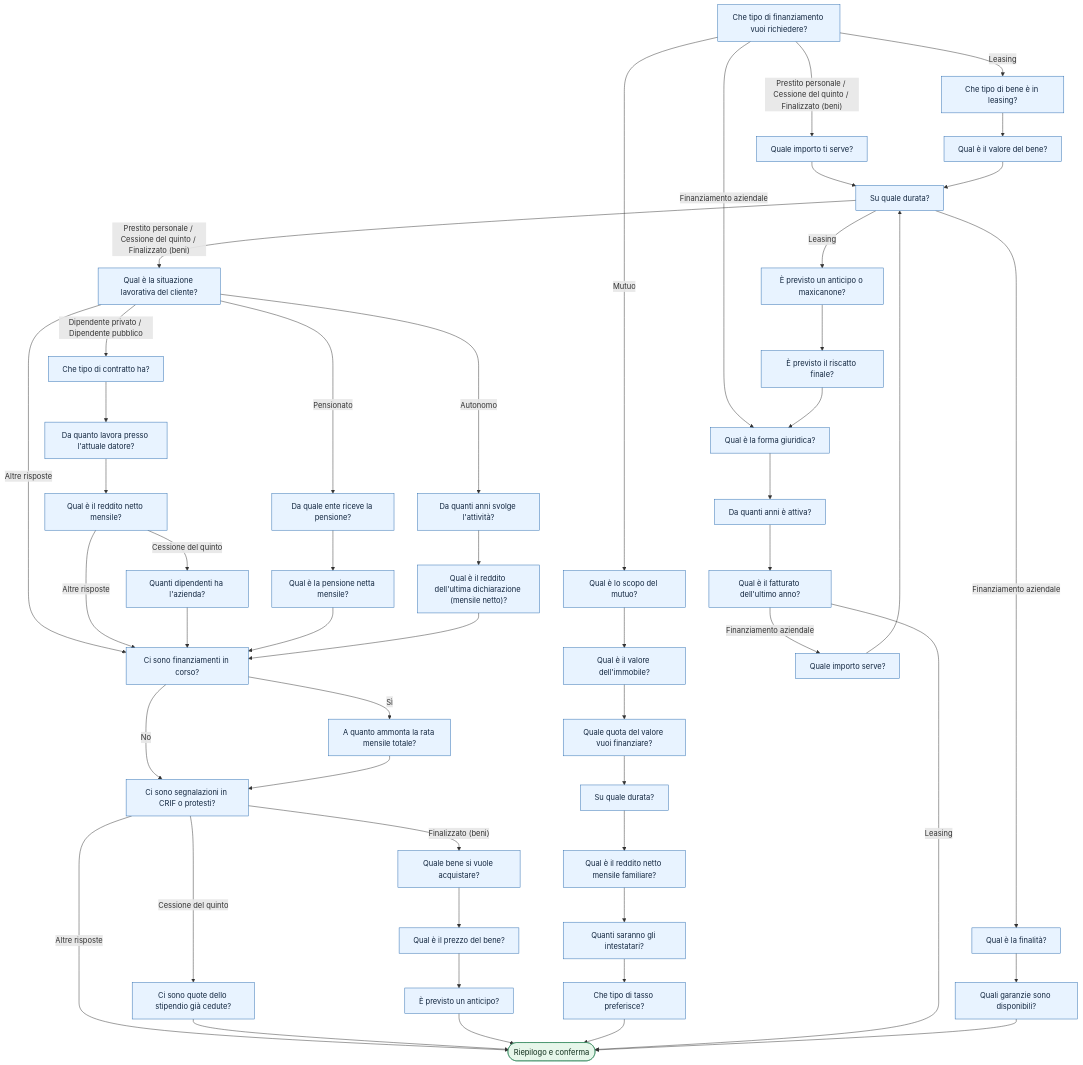
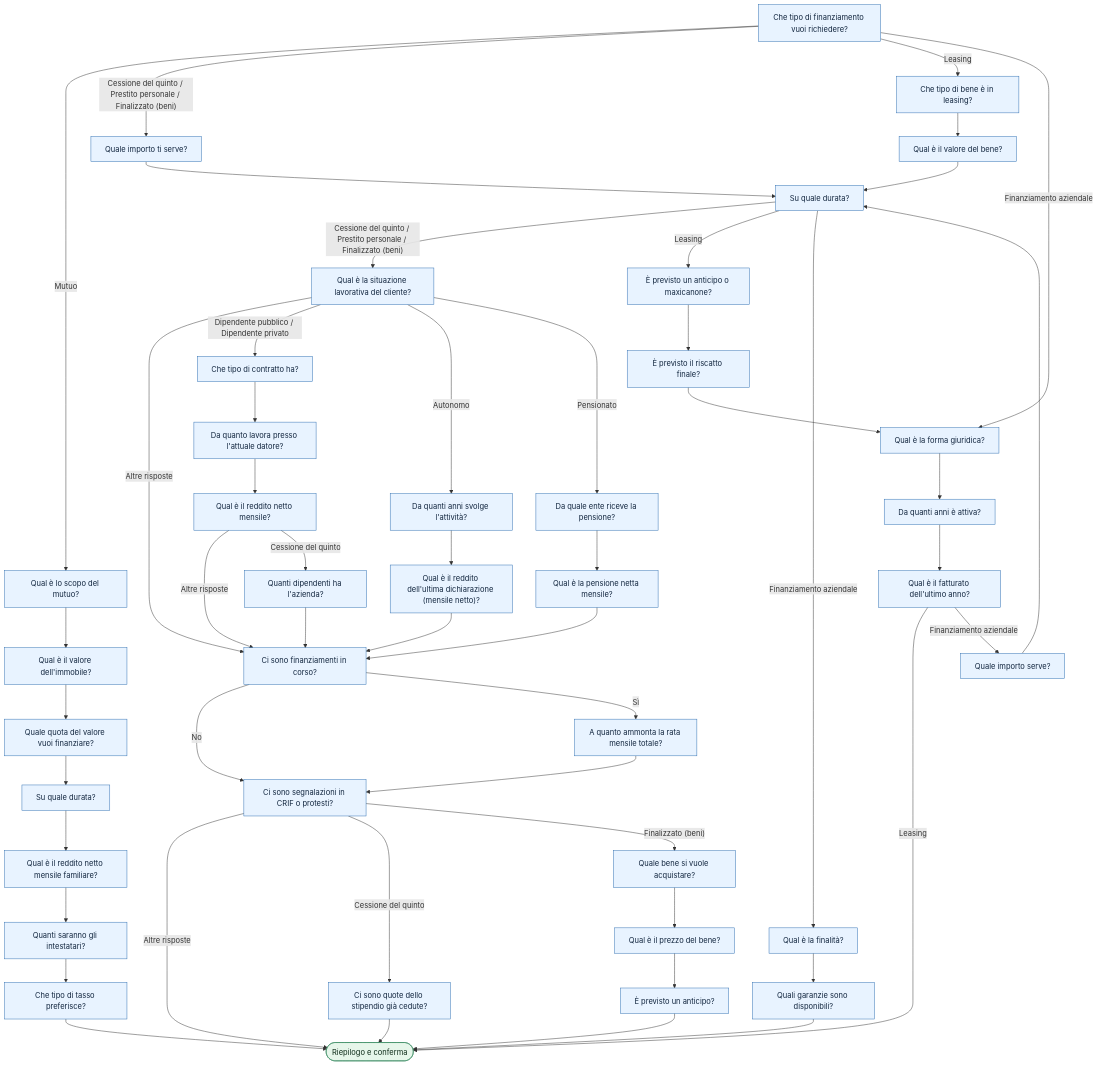
The diagram in docs/finanziamento-richiesta.mmd (Meo-ICAR/twillio), drawn with Mermaid before and after one commit. The commit also changed 32 other files, not shown here.

Commit message:
feat: albero delle conversazioni su tabelle (flows, flow_nodes, flow_node_options) con intestazione, domande saltabili ed editor nel pannello

```diff
--- a/docs/finanziamento-richiesta.mmd
+++ b/docs/finanziamento-richiesta.mmd
@@ -1,95 +1,95 @@
 flowchart TD
     prodotto["Che tipo di finanziamento vuoi richiedere?"]
     importo["Quale importo ti serve?"]
     durata["Su quale durata?"]
     lavoro["Qual è la situazione lavorativa del cliente?"]
     contratto["Che tipo di contratto ha?"]
     anzianita["Da quanto lavora presso l#39;attuale datore?"]
     reddito["Qual è il reddito netto mensile?"]
     dimensione_azienda["Quanti dipendenti ha l#39;azienda?"]
     ente_pensione["Da quale ente riceve la pensione?"]
     pensione_netta["Qual è la pensione netta mensile?"]
     anni_attivita["Da quanti anni svolge l#39;attività?"]
     reddito_autonomo["Qual è il reddito dell#39;ultima dichiarazione (mensile netto)?"]
     impegni["Ci sono finanziamenti in corso?"]
     rata["A quanto ammonta la rata mensile totale?"]
     crif["Ci sono segnalazioni in CRIF o protesti?"]
     quote_cedute["Ci sono quote dello stipendio già cedute?"]
     bene["Quale bene si vuole acquistare?"]
     prezzo_bene["Qual è il prezzo del bene?"]
     anticipo["È previsto un anticipo?"]
     mutuo_scopo["Qual è lo scopo del mutuo?"]
     mutuo_valore["Qual è il valore dell#39;immobile?"]
     mutuo_ltv["Quale quota del valore vuoi finanziare?"]
     durata_mutuo["Su quale durata?"]
     mutuo_reddito["Qual è il reddito netto mensile familiare?"]
     mutuo_intestatari["Quanti saranno gli intestatari?"]
     mutuo_tasso["Che tipo di tasso preferisce?"]
     leasing_bene["Che tipo di bene è in leasing?"]
     leasing_valore["Qual è il valore del bene?"]
     leasing_anticipo["È previsto un anticipo o maxicanone?"]
     leasing_riscatto["È previsto il riscatto finale?"]
     az_forma["Qual è la forma giuridica?"]
     az_anzianita["Da quanti anni è attiva?"]
     az_fatturato["Qual è il fatturato dell#39;ultimo anno?"]
     az_importo["Quale importo serve?"]
     az_finalita["Qual è la finalità?"]
     az_garanzie["Quali garanzie sono disponibili?"]
     riepilogo(["Riepilogo e conferma"])
-    prodotto -->|"Prestito personale / Cessione del quinto / Finalizzato (beni)"| importo
     prodotto -->|"Mutuo"| mutuo_scopo
+    prodotto -->|"Cessione del quinto / Prestito personale / Finalizzato (beni)"| importo
     prodotto -->|"Leasing"| leasing_bene
     prodotto -->|"Finanziamento aziendale"| az_forma
     importo --> durata
-    durata -->|"Prestito personale / Cessione del quinto / Finalizzato (beni)"| lavoro
+    durata -->|"Cessione del quinto / Prestito personale / Finalizzato (beni)"| lavoro
     durata -->|"Leasing"| leasing_anticipo
     durata -->|"Finanziamento aziendale"| az_finalita
-    lavoro -->|"Dipendente privato / Dipendente pubblico"| contratto
+    lavoro -->|"Altre risposte"| impegni
+    lavoro -->|"Dipendente pubblico / Dipendente privato"| contratto
+    lavoro -->|"Autonomo"| anni_attivita
     lavoro -->|"Pensionato"| ente_pensione
-    lavoro -->|"Autonomo"| anni_attivita
-    lavoro -->|"Altre risposte"| impegni
     contratto --> anzianita
     anzianita --> reddito
+    reddito -->|"Altre risposte"| impegni
     reddito -->|"Cessione del quinto"| dimensione_azienda
-    reddito -->|"Altre risposte"| impegni
     dimensione_azienda --> impegni
     ente_pensione --> pensione_netta
     pensione_netta --> impegni
     anni_attivita --> reddito_autonomo
     reddito_autonomo --> impegni
+    impegni -->|"No"| crif
     impegni -->|"Sì"| rata
-    impegni -->|"No"| crif
     rata --> crif
+    crif -->|"Altre risposte"| riepilogo
     crif -->|"Cessione del quinto"| quote_cedute
     crif -->|"Finalizzato (beni)"| bene
-    crif -->|"Altre risposte"| riepilogo
     quote_cedute --> riepilogo
     bene --> prezzo_bene
     prezzo_bene --> anticipo
     anticipo --> riepilogo
     mutuo_scopo --> mutuo_valore
     mutuo_valore --> mutuo_ltv
     mutuo_ltv --> durata_mutuo
     durata_mutuo --> mutuo_reddito
     mutuo_reddito --> mutuo_intestatari
     mutuo_intestatari --> mutuo_tasso
     mutuo_tasso --> riepilogo
     leasing_bene --> leasing_valore
     leasing_valore --> durata
     leasing_anticipo --> leasing_riscatto
     leasing_riscatto --> az_forma
     az_forma --> az_anzianita
     az_anzianita --> az_fatturato
+    az_fatturato -->|"Leasing"| riepilogo
     az_fatturato -->|"Finanziamento aziendale"| az_importo
-    az_fatturato -->|"Leasing"| riepilogo
     az_importo --> durata
     az_finalita --> az_garanzie
     az_garanzie --> riepilogo
     classDef choice fill:#e8f3ff,stroke:#2b6cb0,color:#12263f
     classDef text fill:#fff4e0,stroke:#c77700,color:#3d2600
     classDef file fill:#ffe8ec,stroke:#c0392b,color:#3d0e08
     classDef code fill:#ffe8ec,stroke:#c0392b,color:#3d0e08
     classDef summary fill:#e6f6ea,stroke:#2f855a,color:#0f2d1a
     classDef check fill:#f0e9ff,stroke:#6b46c1,color:#2a1a52
     class prodotto,importo,durata,lavoro,contratto,anzianita,reddito,dimensione_azienda,ente_pensione,pensione_netta,anni_attivita,reddito_autonomo,impegni,rata,crif,quote_cedute,bene,prezzo_bene,anticipo,mutuo_scopo,mutuo_valore,mutuo_ltv,durata_mutuo,mutuo_reddito,mutuo_intestatari,mutuo_tasso,leasing_bene,leasing_valore,leasing_anticipo,leasing_riscatto,az_forma,az_anzianita,az_fatturato,az_importo,az_finalita,az_garanzie choice
     class riepilogo summary
```
